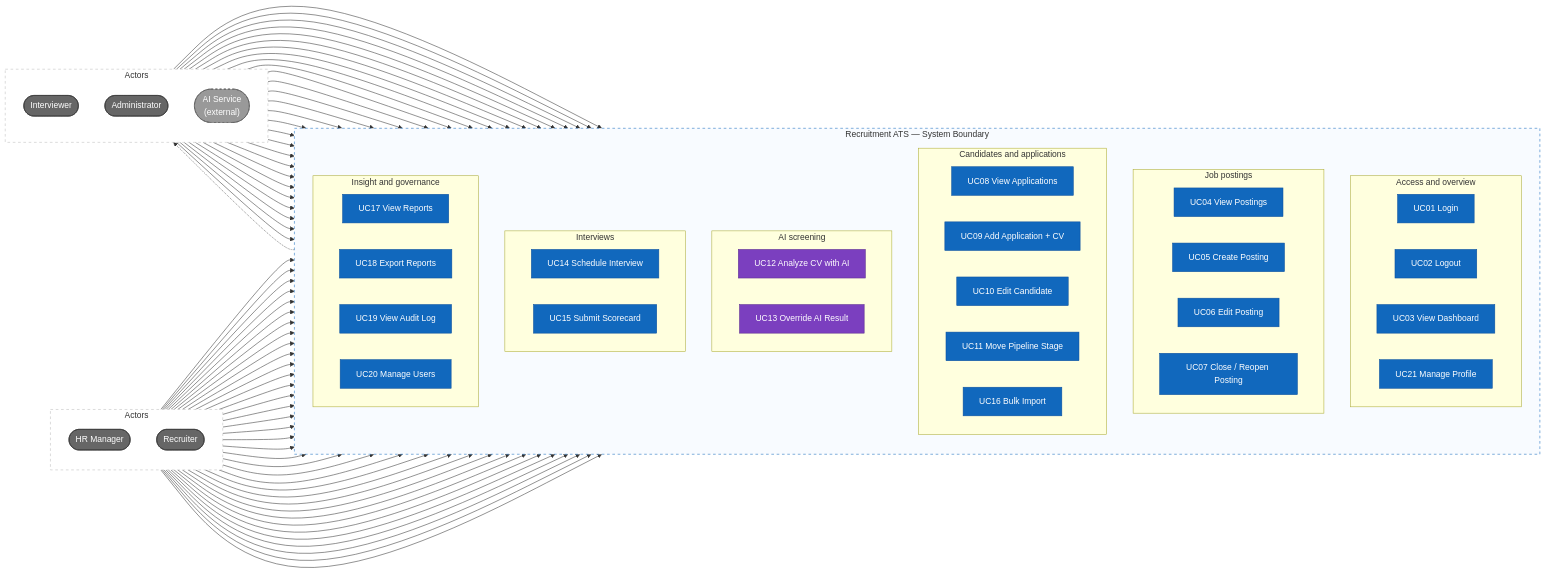
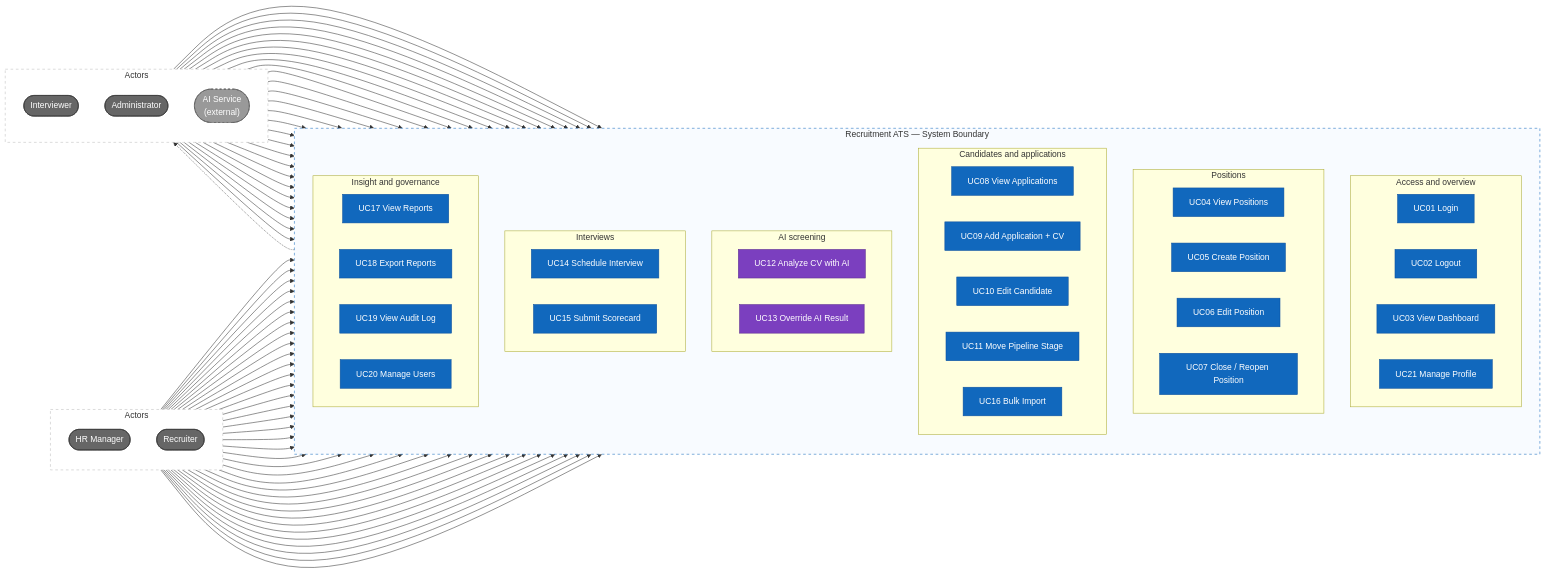
The first of 2 diagrams in docs/02-use-cases.md (duongk18FPTU/recruitment-ats), drawn with Mermaid before and after one commit. The commit also changed other lines of this file and 19 other files, not shown here.

First line of the commit message:
Rename job postings to internal positions across docs and UI

````diff
--- a/docs/02-use-cases.md
+++ b/docs/02-use-cases.md
@@ -75,76 +75,76 @@
 ```mermaid
 flowchart LR
     subgraph left["Actors"]
         direction TB
         manager(["HR Manager"])
         recruiter(["Recruiter"])
     end
 
     subgraph system["Recruitment ATS — System Boundary"]
         direction TB
         subgraph access["Access and overview"]
             direction LR
             uc01["UC01 Login"]
             uc02["UC02 Logout"]
             uc03["UC03 View Dashboard"]
             uc21["UC21 Manage Profile"]
         end
-        subgraph jobs["Job postings"]
+        subgraph jobs["Positions"]
             direction LR
-            uc04["UC04 View Postings"]
-            uc05["UC05 Create Posting"]
-            uc06["UC06 Edit Posting"]
-            uc07["UC07 Close / Reopen Posting"]
+            uc04["UC04 View Positions"]
+            uc05["UC05 Create Position"]
+            uc06["UC06 Edit Position"]
+            uc07["UC07 Close / Reopen Position"]
         end
         subgraph apps["Candidates and applications"]
             direction LR
             uc08["UC08 View Applications"]
             uc09["UC09 Add Application + CV"]
             uc10["UC10 Edit Candidate"]
             uc11["UC11 Move Pipeline Stage"]
             uc16["UC16 Bulk Import"]
         end
         subgraph ai["AI screening"]
             direction LR
             uc12["UC12 Analyze CV with AI"]
             uc13["UC13 Override AI Result"]
         end
         subgraph interviews["Interviews"]
             direction LR
             uc14["UC14 Schedule Interview"]
             uc15["UC15 Submit Scorecard"]
         end
         subgraph governance["Insight and governance"]
             direction LR
             uc17["UC17 View Reports"]
             uc18["UC18 Export Reports"]
             uc19["UC19 View Audit Log"]
             uc20["UC20 Manage Users"]
         end
     end
 
     subgraph right["Actors"]
         direction TB
         interviewer(["Interviewer"])
         admin(["Administrator"])
         aiService(["AI Service<br/>(external)"])
     end
 
     manager --> uc01 & uc02 & uc03 & uc04 & uc05 & uc06 & uc07 & uc08 & uc09 & uc10 & uc11 & uc12 & uc13 & uc14 & uc15 & uc16 & uc17 & uc18 & uc19 & uc21
     recruiter --> uc01 & uc02 & uc03 & uc04 & uc05 & uc06 & uc08 & uc09 & uc10 & uc11 & uc12 & uc13 & uc14 & uc16 & uc21
     interviewer --> uc01 & uc02 & uc03 & uc04 & uc08 & uc15 & uc21
     admin --> uc01 & uc02 & uc03 & uc04 & uc05 & uc06 & uc07 & uc08 & uc09 & uc10 & uc11 & uc12 & uc13 & uc14 & uc16 & uc17 & uc18 & uc19 & uc20 & uc21
     uc12 -.-> aiService
 
     classDef actor fill:#666,color:#fff,stroke:#333
     classDef external fill:#999,color:#fff,stroke:#555,stroke-dasharray:4 4
     classDef usecase fill:#1168bd,color:#fff,stroke:#0b4f9e
     classDef aiCase fill:#7b3fbf,color:#fff,stroke:#5a2b8f
     class manager,recruiter,interviewer,admin actor
     class aiService external
     class uc01,uc02,uc03,uc04,uc05,uc06,uc07,uc08,uc09,uc10,uc11,uc14,uc15,uc16,uc17,uc18,uc19,uc20,uc21 usecase
     class uc12,uc13 aiCase
     style left fill:#fff,stroke:#bbb,stroke-dasharray:5 5
     style right fill:#fff,stroke:#bbb,stroke-dasharray:5 5
     style system fill:#f8fbff,stroke:#1168bd,stroke-dasharray:5 5
 ```
````
